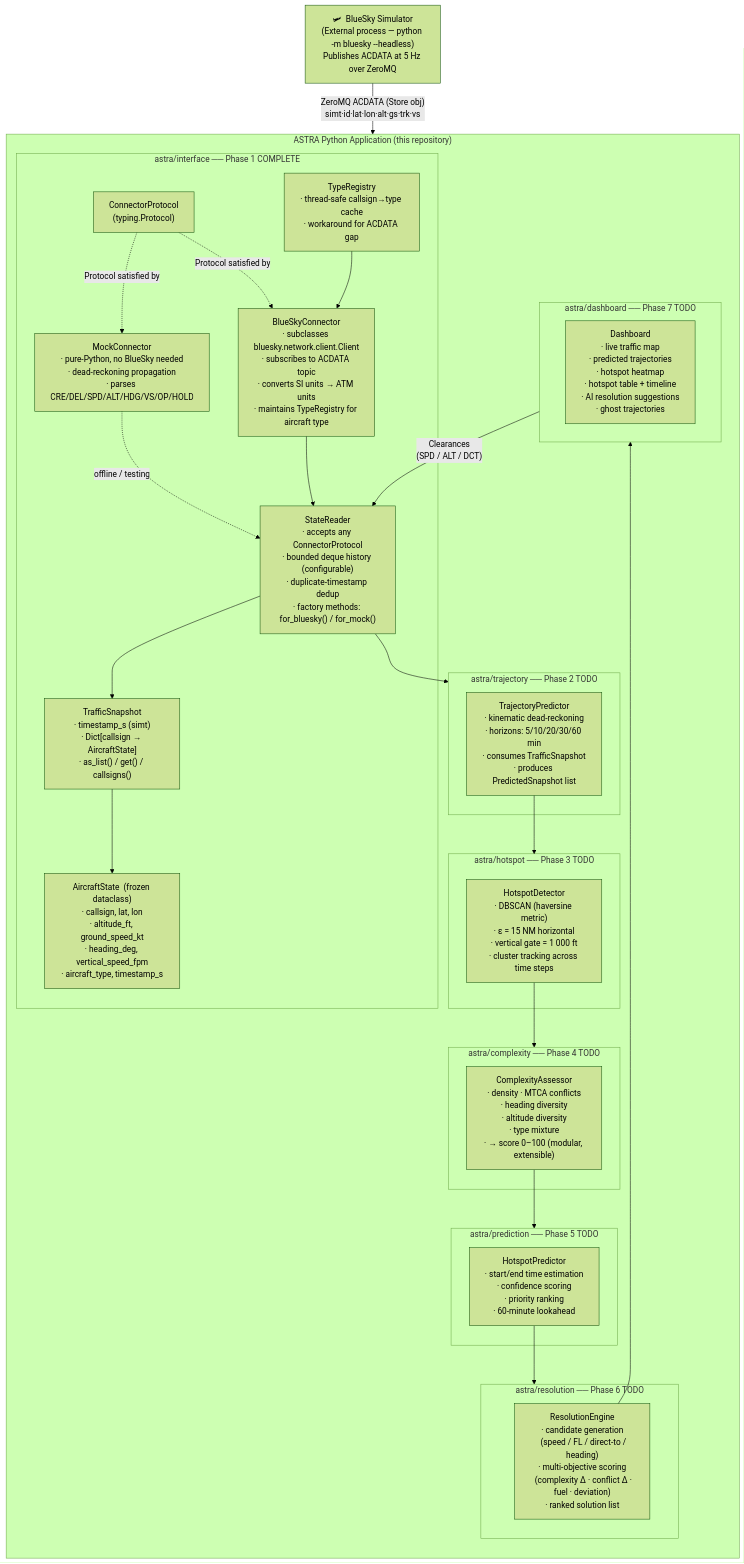
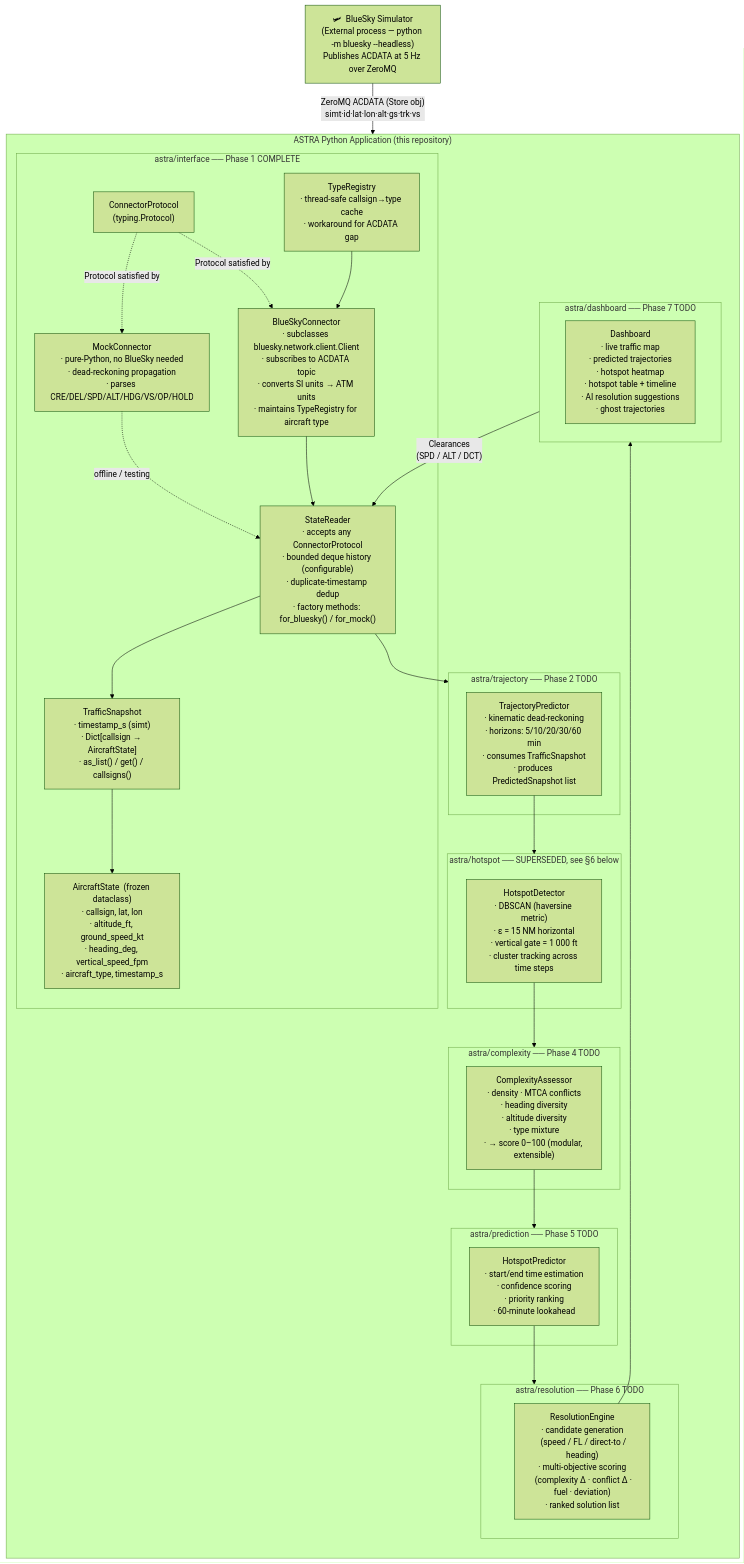
Before and after one commit to ronnie141105-a11y/astra_project: the first of 4 diagrams in docs/architecture.md, drawn with Mermaid (forest theme). The commit also changed other lines of this file and 7 other files, not shown here.

````diff
--- a/docs/architecture.md
+++ b/docs/architecture.md
@@ -5,58 +5,58 @@
 ```mermaid
 flowchart TD
     BS["🛩  BlueSky Simulator\n(External process — python -m bluesky --headless)\nPublishes ACDATA at 5 Hz over ZeroMQ"]
 
     subgraph ASTRA["ASTRA Python Application  (this repository)"]
         direction TB
 
         subgraph IF["astra/interface  ── Phase 1 COMPLETE"]
             CB["ConnectorProtocol\n(typing.Protocol)"]
             BSC["BlueSkyConnector\n· subclasses bluesky.network.client.Client\n· subscribes to ACDATA topic\n· converts SI units → ATM units\n· maintains TypeRegistry for aircraft type"]
             MC["MockConnector\n· pure-Python, no BlueSky needed\n· dead-reckoning propagation\n· parses CRE/DEL/SPD/ALT/HDG/VS/OP/HOLD"]
             TR["TypeRegistry\n· thread-safe callsign→type cache\n· workaround for ACDATA gap"]
             SR["StateReader\n· accepts any ConnectorProtocol\n· bounded deque history (configurable)\n· duplicate-timestamp dedup\n· factory methods: for_bluesky() / for_mock()"]
             TS["TrafficSnapshot\n· timestamp_s (simt)\n· Dict[callsign → AircraftState]\n· as_list() / get() / callsigns()"]
             AS["AircraftState  (frozen dataclass)\n· callsign, lat, lon\n· altitude_ft, ground_speed_kt\n· heading_deg, vertical_speed_fpm\n· aircraft_type, timestamp_s"]
         end
 
         subgraph TP["astra/trajectory  ── Phase 2 TODO"]
             PRED["TrajectoryPredictor\n· kinematic dead-reckoning\n· horizons: 5/10/20/30/60 min\n· consumes TrafficSnapshot\n· produces PredictedSnapshot list"]
         end
 
-        subgraph HS["astra/hotspot  ── Phase 3 TODO"]
+        subgraph HS["astra/hotspot  ── SUPERSEDED, see §6 below"]
             DBSCAN["HotspotDetector\n· DBSCAN (haversine metric)\n· ε = 15 NM horizontal\n· vertical gate = 1 000 ft\n· cluster tracking across time steps"]
         end
 
         subgraph CM["astra/complexity  ── Phase 4 TODO"]
             CX["ComplexityAssessor\n· density · MTCA conflicts\n· heading diversity\n· altitude diversity\n· type mixture\n· → score 0–100 (modular, extensible)"]
         end
 
         subgraph PD["astra/prediction  ── Phase 5 TODO"]
             HP["HotspotPredictor\n· start/end time estimation\n· confidence scoring\n· priority ranking\n· 60-minute lookahead"]
         end
 
         subgraph RS["astra/resolution  ── Phase 6 TODO"]
             RES["ResolutionEngine\n· candidate generation\n  (speed / FL / direct-to / heading)\n· multi-objective scoring\n  (complexity Δ · conflict Δ · fuel · deviation)\n· ranked solution list"]
         end
 
         subgraph DB["astra/dashboard  ── Phase 7 TODO"]
             DASH["Dashboard\n· live traffic map\n· predicted trajectories\n· hotspot heatmap\n· hotspot table + timeline\n· AI resolution suggestions\n· ghost trajectories"]
         end
     end
 
     BS -- "ZeroMQ ACDATA (Store obj)\nsimt·id·lat·lon·alt·gs·trk·vs" --> BSC
     MC -. "offline / testing" .-> SR
     BSC --> SR
     CB -. "Protocol satisfied by" .-> BSC
     CB -. "Protocol satisfied by" .-> MC
     TR --> BSC
     SR --> TS
     TS --> AS
     SR --> TP
     PRED --> HS
     DBSCAN --> CM
     CX --> PD
     HP --> RS
     RES --> DB
     DB -- "Clearances\n(SPD / ALT / DCT)" --> SR
 ```
````
